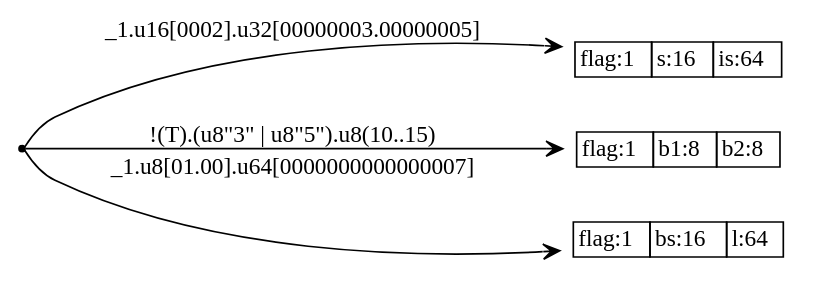
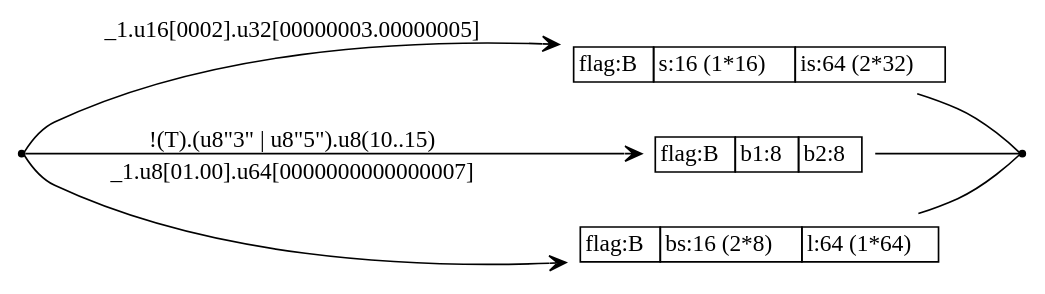
One commit to sireum/bitcodec-examples changed the diagram in src/predunion/complex/predunion-complex-spec.dot. Above: the diagram before and after it, drawn with Graphviz. The commit also changed 9 other files, not shown here.

```diff
--- a/src/predunion/complex/predunion-complex-spec.dot
+++ b/src/predunion/complex/predunion-complex-spec.dot
@@ -1,26 +1,30 @@
 digraph G {
   rankdir = LR;
   node [shape=plaintext];
   edge [arrowhead=vee];
 
   n0 [shape=point];
   n1 [label=<
     <TABLE BORDER="0" CELLBORDER="1" CELLSPACING="0">
-      <TR><TD>flag:1</TD><TD>s:16</TD><TD>is:64</TD></TR>
+      <TR><TD>flag:B</TD><TD>s:16 (1*16)</TD><TD>is:64 (2*32)</TD></TR>
     </TABLE>
   >];
   n2 [label=<
     <TABLE BORDER="0" CELLBORDER="1" CELLSPACING="0">
-      <TR><TD>flag:1</TD><TD>b1:8</TD><TD>b2:8</TD></TR>
+      <TR><TD>flag:B</TD><TD>b1:8</TD><TD>b2:8</TD></TR>
     </TABLE>
   >];
   n3 [label=<
     <TABLE BORDER="0" CELLBORDER="1" CELLSPACING="0">
-      <TR><TD>flag:1</TD><TD>bs:16</TD><TD>l:64</TD></TR>
+      <TR><TD>flag:B</TD><TD>bs:16 (2*8)</TD><TD>l:64 (1*64)</TD></TR>
     </TABLE>
   >];
+  n4 [shape=point];
 
   n0 -> n1 [label="_1.u16[0002].u32[00000003.00000005]"];
   n0 -> n2 [label="!(T).(u8\"3\" | u8\"5\").u8(10..15)"];
   n0 -> n3 [label="_1.u8[01.00].u64[0000000000000007]"];
+  n2 -> n4 [arrowhead=none];
+  n1 -> n4 [arrowhead=none];
+  n3 -> n4 [arrowhead=none];
 }
```
